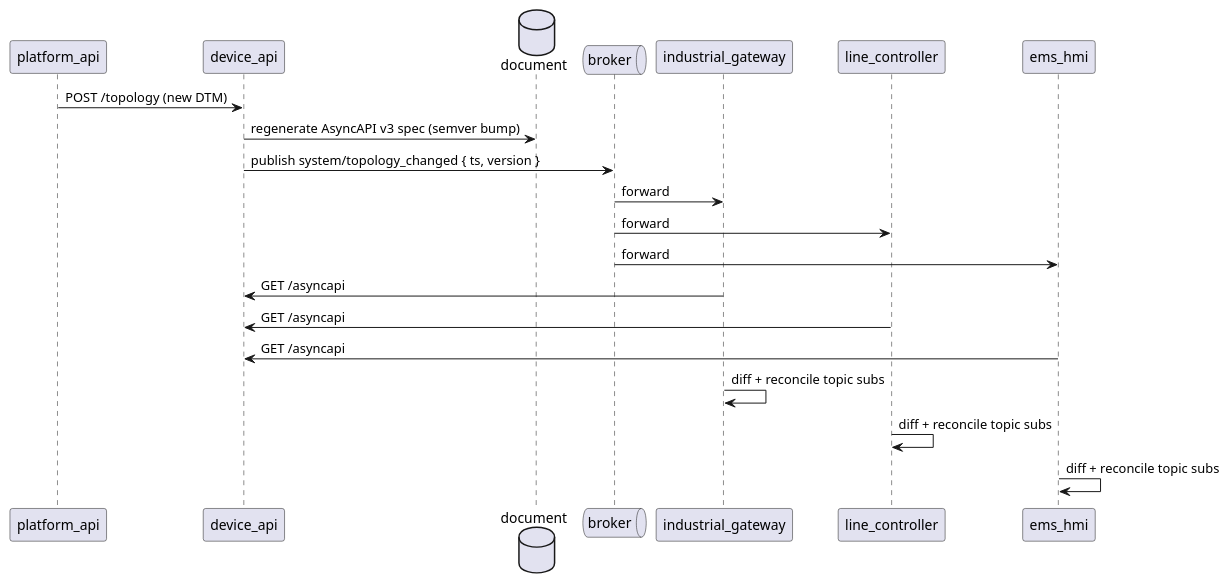
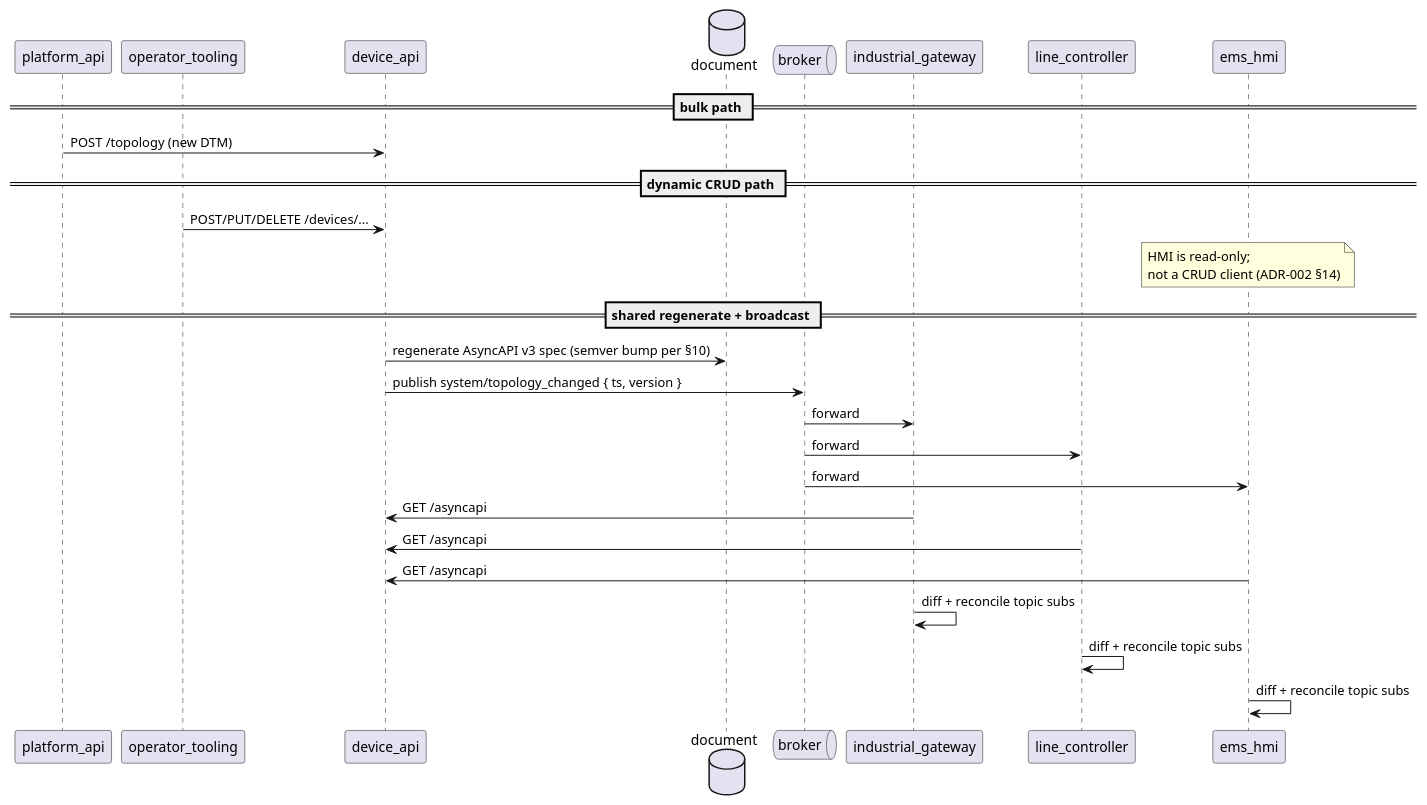
One commit to arcnode-io/ems changed the third of 6 diagrams in readme.md. Above: the diagram before and after it, drawn with PlantUML. The commit also changed other lines of this file and 1 other file, not shown here.

Commit message:
📝 docs: ADR-002 §14 dynamic CRUD + §7 drop template vN for MVP
§14 added: ems-device-api exposes runtime device CRUD; HMI explicitly
read-only and not a CRUD client; templates referenced by bare slug.
Operations table covers add/remove/update/re-parent/extra_measurements
with template-authoring still PR-gated to edp-api/device_templates/.

§7 amended: drops vN suffix on template slugs for MVP — git history
is the version source. vN reserved for future fleet-management.

readme.md Topology Update Sequence updated to show both bulk
(platform-api) and dynamic (operator_tooling) CRUD paths sharing the
regenerate-and-broadcast tail.

````diff
--- a/readme.md
+++ b/readme.md
@@ -120,22 +120,30 @@
 ```plantuml
 participant platform_api
+participant operator_tooling
 participant device_api
 database document
 queue broker
 participant industrial_gateway
 participant line_controller
 participant ems_hmi
 
+== bulk path ==
 platform_api -> device_api: POST /topology (new DTM)
-device_api -> document: regenerate AsyncAPI v3 spec (semver bump)
+
+== dynamic CRUD path ==
+operator_tooling -> device_api: POST/PUT/DELETE /devices/...
+note over ems_hmi: HMI is read-only;\nnot a CRUD client (ADR-002 §14)
+
+== shared regenerate + broadcast ==
+device_api -> document: regenerate AsyncAPI v3 spec (semver bump per §10)
 device_api -> broker: publish system/topology_changed { ts, version }
 broker -> industrial_gateway: forward
 broker -> line_controller: forward
 broker -> ems_hmi: forward
 industrial_gateway -> device_api: GET /asyncapi
 line_controller -> device_api: GET /asyncapi
 ems_hmi -> device_api: GET /asyncapi
 industrial_gateway -> industrial_gateway: diff + reconcile topic subs
 line_controller -> line_controller: diff + reconcile topic subs
 ems_hmi -> ems_hmi: diff + reconcile topic subs
 ```
````
